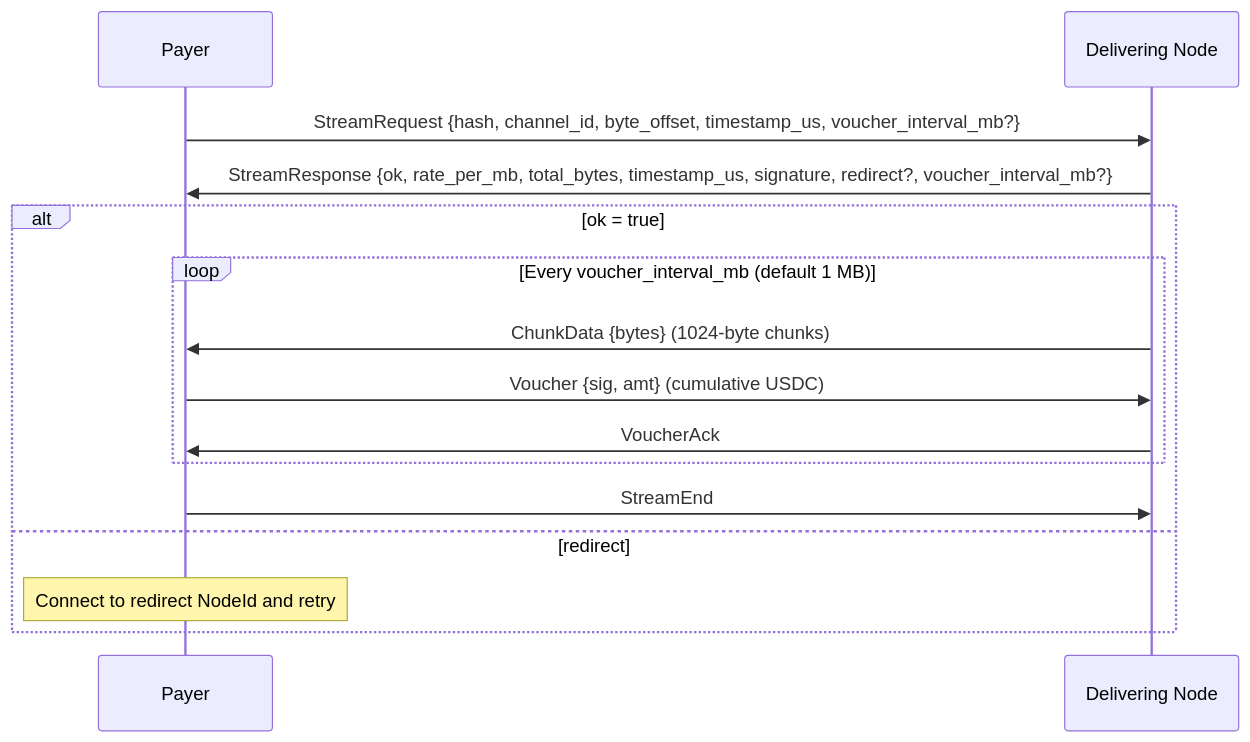
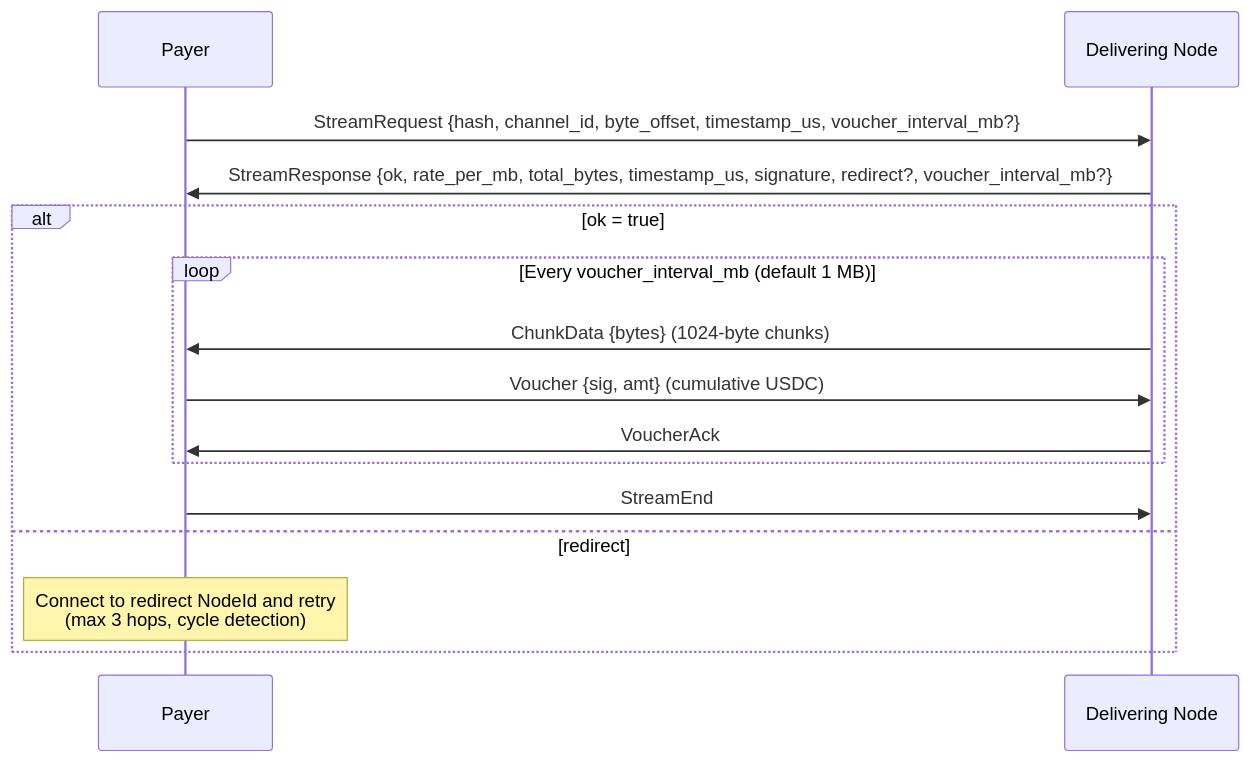
The second of 4 diagrams in adr/005-protocol.md (decdn/decdn), drawn with Mermaid before and after one commit. The commit also changed other lines of this file, not shown here.

````diff
--- a/adr/005-protocol.md
+++ b/adr/005-protocol.md
@@ -51,19 +51,19 @@
 ```mermaid
 sequenceDiagram
     participant P as Payer
     participant D as Delivering Node
 
     P->>D: StreamRequest {hash, channel_id, byte_offset, timestamp_us, voucher_interval_mb?}
     D->>P: StreamResponse {ok, rate_per_mb, total_bytes, timestamp_us, signature, redirect?, voucher_interval_mb?}
 
     alt ok = true
         loop Every voucher_interval_mb (default 1 MB)
             D->>P: ChunkData {bytes} (1024-byte chunks)
             P->>D: Voucher {sig, amt} (cumulative USDC)
             D->>P: VoucherAck
         end
         P->>D: StreamEnd
     else redirect
-        Note over P: Connect to redirect NodeId and retry
+        Note over P: Connect to redirect NodeId and retry<br/>(max 3 hops, cycle detection)
     end
 ```
````
